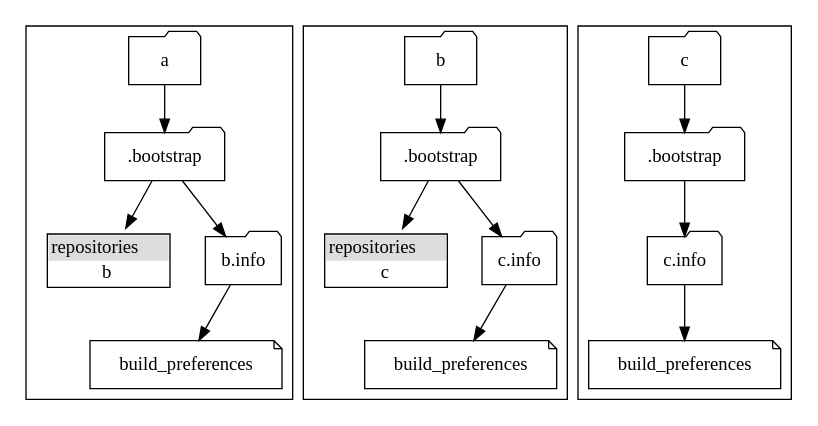
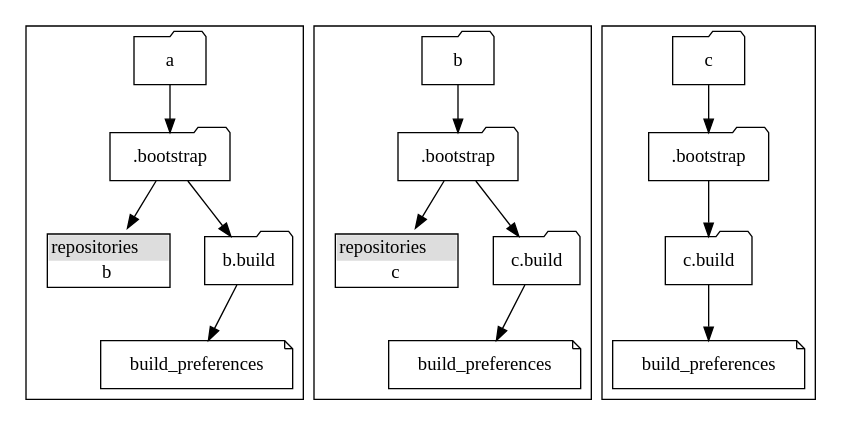
One commit to mulle-nat-stash/mulle-bootstrap changed the diagram in dox/settings/types/4-c-knows-itself.dot. Above: the diagram before and after it, drawn with Graphviz. The commit also changed 63 other files, not shown here.

```diff
--- a/dox/settings/types/4-c-knows-itself.dot
+++ b/dox/settings/types/4-c-knows-itself.dot
@@ -1,40 +1,40 @@
 digraph pic {
      node [shape= folder];
 
 	subgraph cluster_0 {
 		"a" -> "a.bootstrap"
 		"a.bootstrap"    [ label=".bootstrap" ]
 		"a.bootstrap" -> "a.repositories"
 		"a.repositories"  [ shape="none", label=< <TABLE BORDER="1" CELLBORDER="0" CELLSPACING="0">
 <TR><TD bgcolor="#DDDDDD">repositories</TD></TR>
 <TR><TD PORT="f0">b</TD></TR>
 </TABLE>>];
 		"a.bootstrap" -> "a.b"
-		"a.b"                  [ label="b.info" ]
+		"a.b"                  [ label="b.build" ]
 		"a.b"         -> "a.build_preferences"
 		"a.build_preferences"  [ label="build_preferences", shape="note" ]
 	}
 
 	subgraph cluster_1 {
 		"b" -> "b.bootstrap"
 		"b.bootstrap"     [ label=".bootstrap" ]
 		"b.bootstrap" -> "b.repositories"
 		"b.repositories"  [ shape="none", label=< <TABLE BORDER="1" CELLBORDER="0" CELLSPACING="0">
 <TR><TD bgcolor="#DDDDDD">repositories</TD></TR>
 <TR><TD PORT="f0">c</TD></TR>
 </TABLE>>];
 		"b.bootstrap" -> "b.c"
-		"b.c"                  [ label="c.info" ]
+		"b.c"                  [ label="c.build" ]
 		"b.c"         -> "b.build_preferences"
 		"b.build_preferences"  [ label="build_preferences", shape="note" ]
 	}
 
 	subgraph cluster_2 {
 		"c" -> "c.bootstrap"
 		"c.bootstrap" [ label=".bootstrap" ]
 		"c.bootstrap" -> "c.c"
-		"c.c"                  [ label="c.info" ]
+		"c.c"                  [ label="c.build" ]
 		"c.c"         -> "c.build_preferences"
 		"c.build_preferences"  [ label="build_preferences", shape="note" ]
 	}
 }
```
